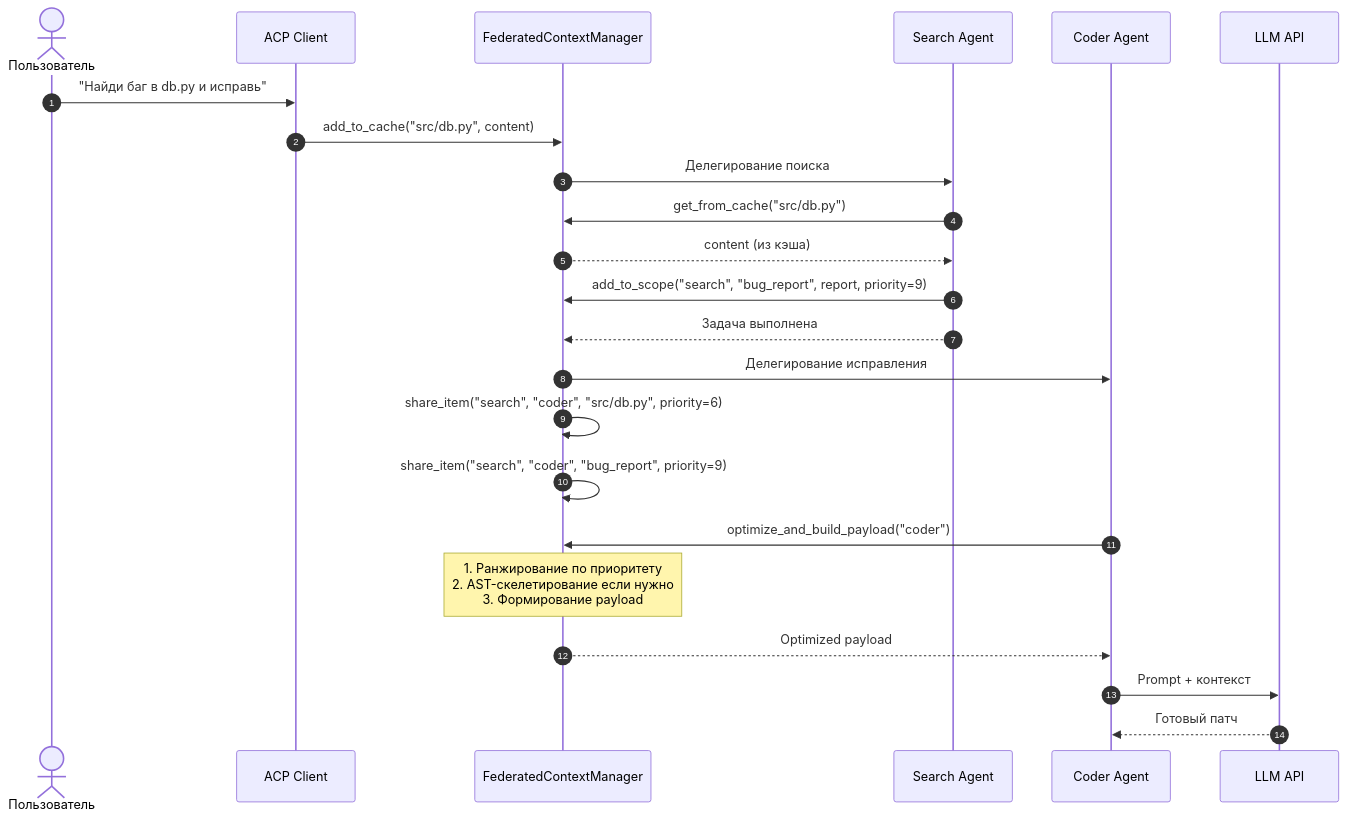
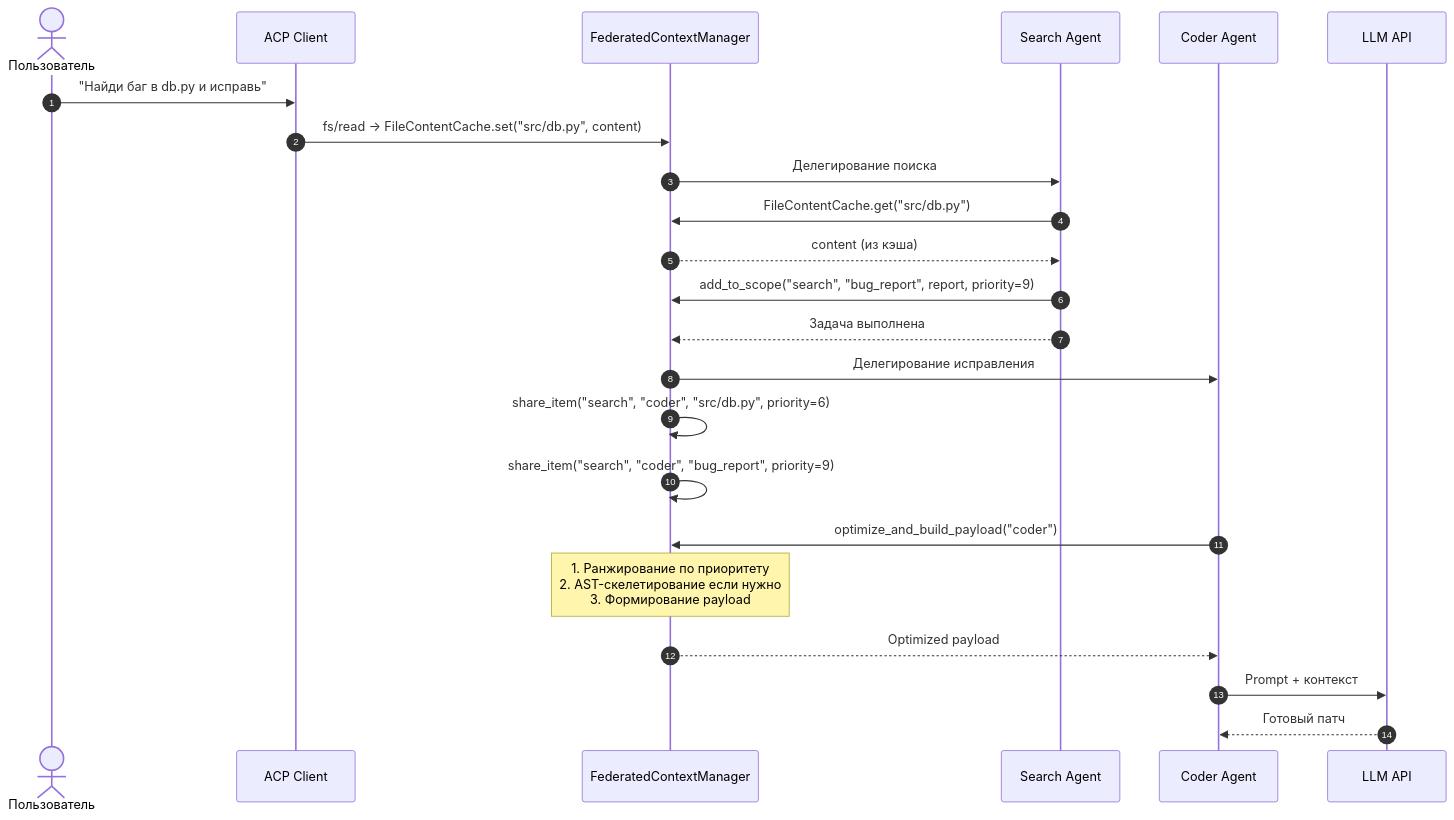
Before and after one commit to pese-git/codelab-agent: diagram 19 of 31 in doc/internals/architecture/fcm/ARCHITECTURE.md, drawn with Mermaid. The commit also changed other lines of this file and 7 other files, not shown here.

````diff
--- a/doc/internals/architecture/fcm/ARCHITECTURE.md
+++ b/doc/internals/architecture/fcm/ARCHITECTURE.md
@@ -1129,29 +1140,29 @@
 ```mermaid
 sequenceDiagram
     autonumber
     actor User as Пользователь
     participant Client as ACP Client
     participant FCM as FederatedContextManager
     participant Search as Search Agent
     participant Coder as Coder Agent
     participant LLM as LLM API
     
     User->>Client: "Найди баг в db.py и исправь"
-    Client->>FCM: add_to_cache("src/db.py", content)
+    Client->>FCM: fs/read → FileContentCache.set("src/db.py", content)
     
     FCM->>Search: Делегирование поиска
-    Search->>FCM: get_from_cache("src/db.py")
+    Search->>FCM: FileContentCache.get("src/db.py")
     FCM-->>Search: content (из кэша)
     Search->>FCM: add_to_scope("search", "bug_report", report, priority=9)
     Search-->>FCM: Задача выполнена
     
     FCM->>Coder: Делегирование исправления
     FCM->>FCM: share_item("search", "coder", "src/db.py", priority=6)
     FCM->>FCM: share_item("search", "coder", "bug_report", priority=9)
     
     Coder->>FCM: optimize_and_build_payload("coder")
     Note over FCM: 1. Ранжирование по приоритету<br/>2. AST-скелетирование если нужно<br/>3. Формирование payload
     FCM-->>Coder: Optimized payload
     Coder->>LLM: Prompt + контекст
     LLM-->>Coder: Готовый патч
 ```
````
